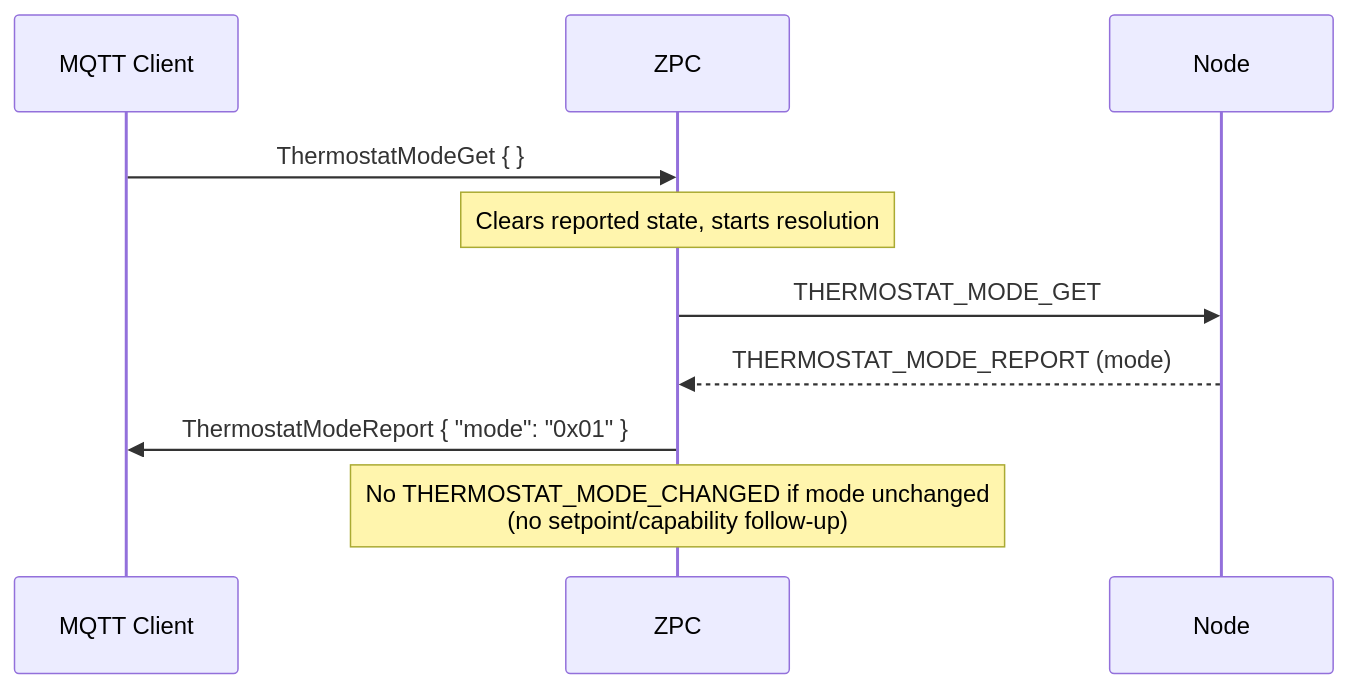
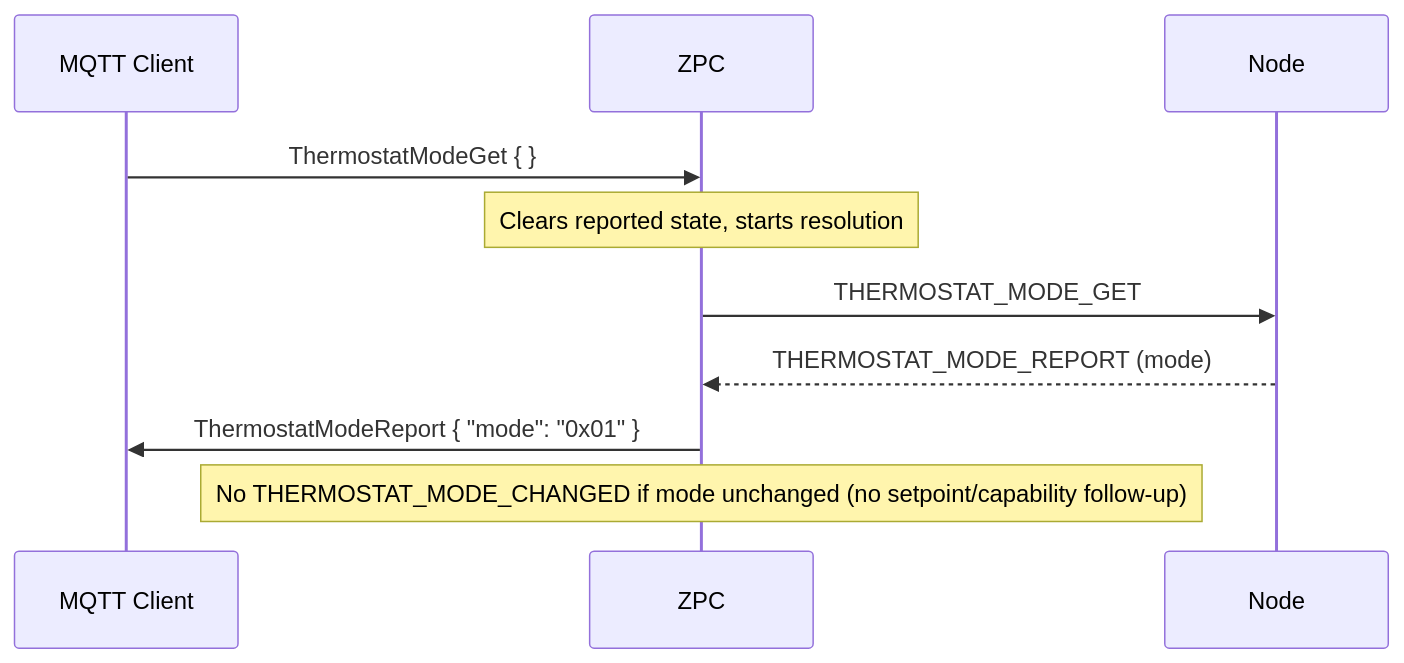
Before and after one commit to SiliconLabsSoftware/z-wave-protocol-controller: the third of 4 diagrams in components/command_classes/command_class_thermostat_mode/doc/sequence_diagrams.md, drawn with Mermaid. The commit also changed other lines of this file and 14 other files, not shown here.

First line of the commit message:
#100: Fix invalid mermaid diagrams and add CI checks (#104)

````diff
--- a/components/command_classes/command_class_thermostat_mode/doc/sequence_diagrams.md
+++ b/components/command_classes/command_class_thermostat_mode/doc/sequence_diagrams.md
@@ -40,13 +40,13 @@
 ```mermaid
 sequenceDiagram
     participant MQTT Client
     participant ZPC
     participant Node
 
     MQTT Client->>ZPC: ThermostatModeGet { }
     Note over ZPC: Clears reported state, starts resolution
     ZPC->>Node: THERMOSTAT_MODE_GET
     Node-->>ZPC: THERMOSTAT_MODE_REPORT (mode)
     ZPC->>MQTT Client: ThermostatModeReport { "mode": "0x01" }
-    Note over ZPC: No THERMOSTAT_MODE_CHANGED if mode unchanged<br/>(no setpoint/capability follow-up)
+    Note over ZPC: No THERMOSTAT_MODE_CHANGED if mode unchanged (no setpoint/capability follow-up)
 ```
````
